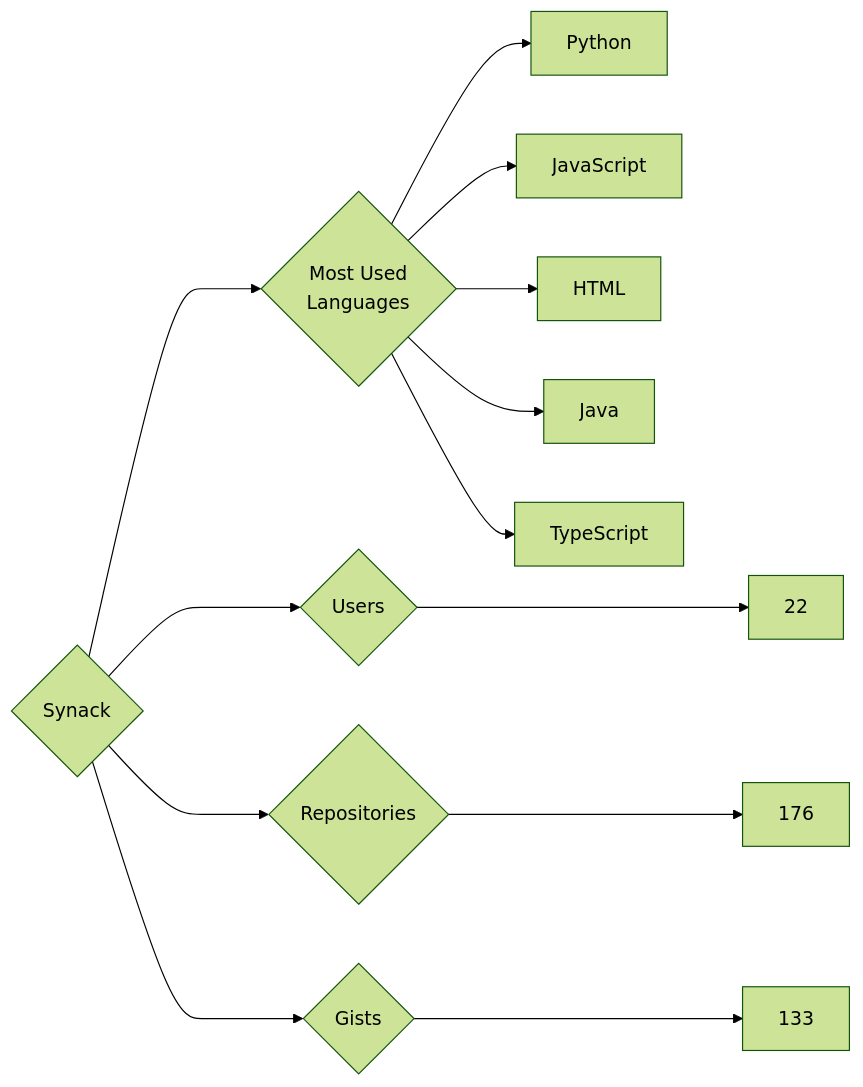
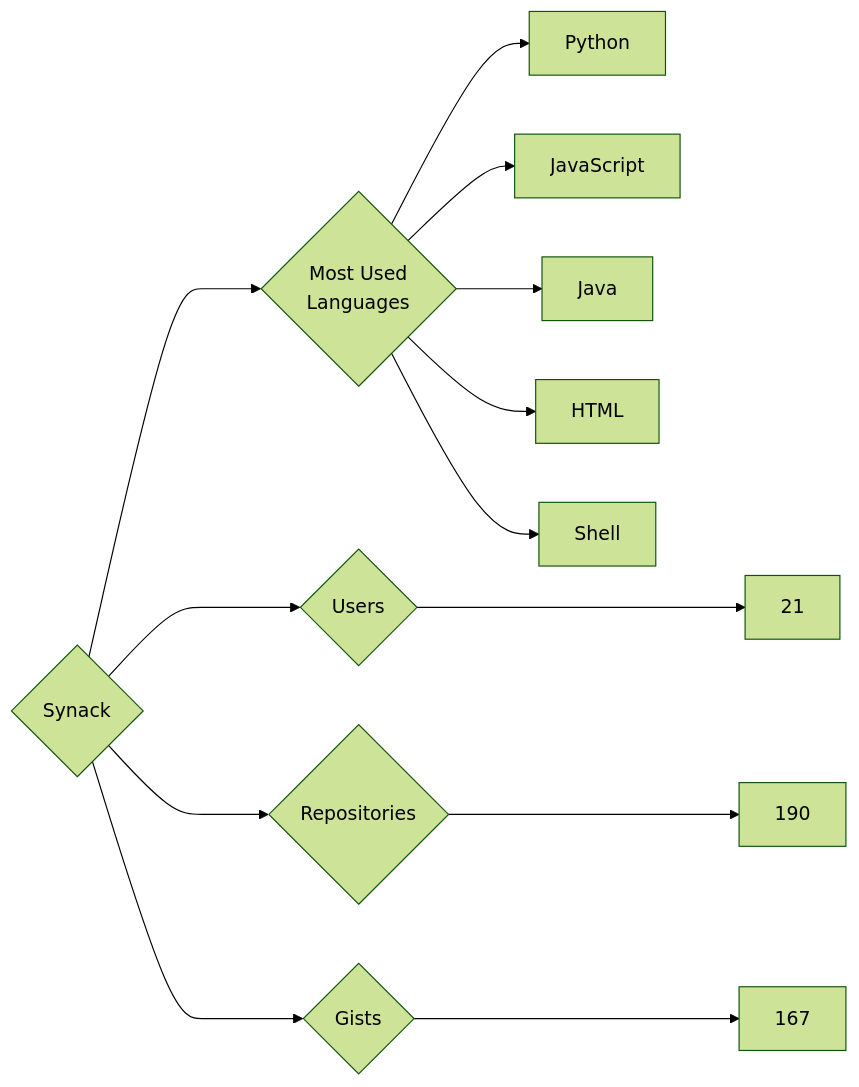
The diagram in targets/Synack/README.md (trickest/insiders), drawn with Mermaid (forest theme) before and after one commit. The commit also changed 995 other files, not shown here.

````diff
--- a/targets/Synack/README.md
+++ b/targets/Synack/README.md
@@ -3,13 +3,13 @@
 ```mermaid
 graph LR
 COMPANY_NAME{Synack}
-COMPANY_NAME ---> U{Users} ---> UN[22]
-COMPANY_NAME ---> R{Repositories} ---> RN[176]
-COMPANY_NAME ---> G{Gists} ---> GN[133]
+COMPANY_NAME ---> U{Users} ---> UN[21]
+COMPANY_NAME ---> R{Repositories} ---> RN[190]
+COMPANY_NAME ---> G{Gists} ---> GN[167]
 COMPANY_NAME ---> ML{Most Used<br>Languages}
 ML --> Python[Python]
 ML --> JavaScript[JavaScript]
+ML --> Java[Java]
 ML --> HTML[HTML]
-ML --> Java[Java]
-ML --> TypeScript[TypeScript]
+ML --> Shell[Shell]
 ```
````
